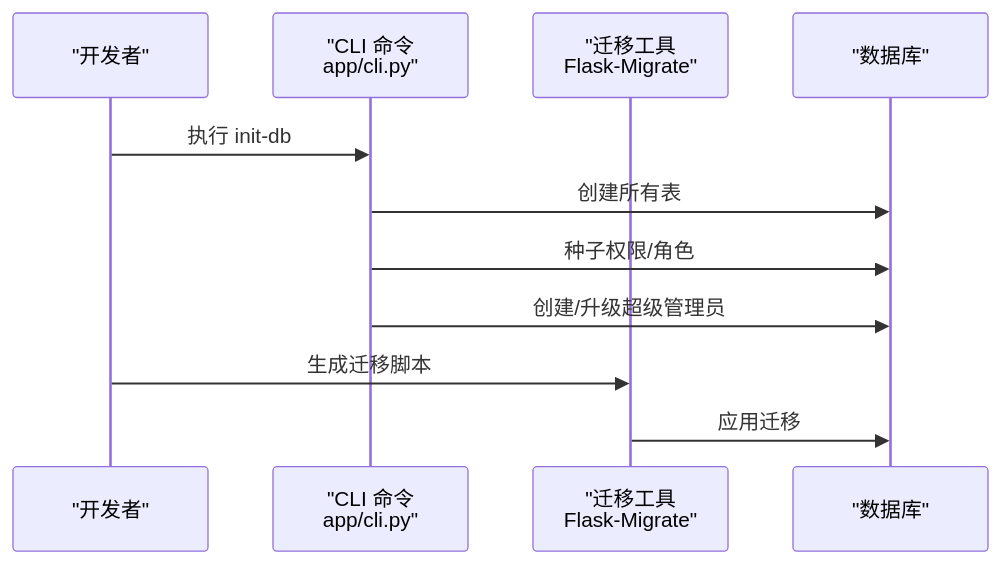
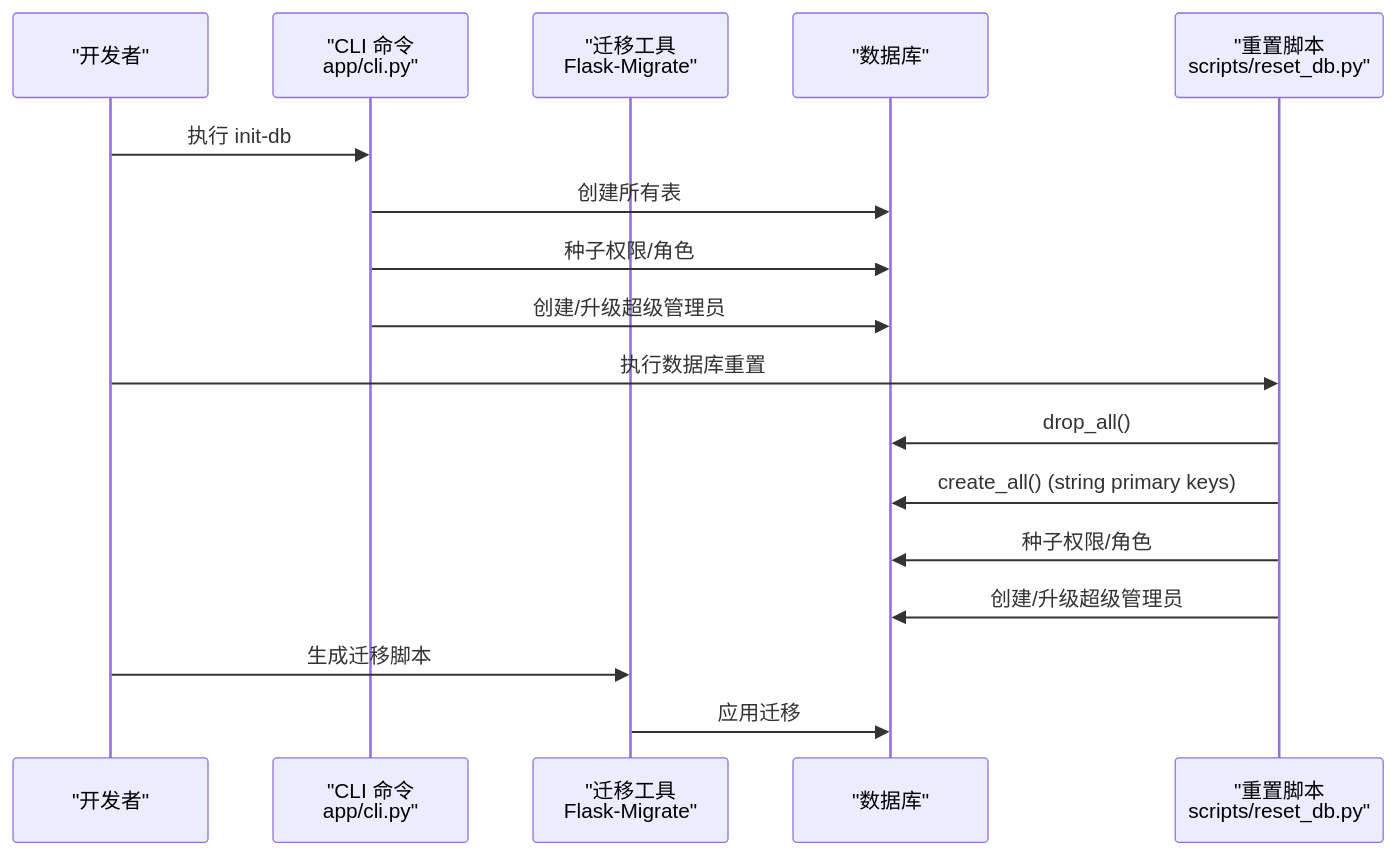
One commit to beyondalbert/my_wiki changed the fifth of 8 diagrams in .qoder/repowiki/zh/content/架构设计/数据持久化架构/数据库管理.md. Above: the diagram before and after it, drawn with Mermaid. The commit also changed other lines of this file and 21 other files, not shown here.

````diff
--- a/.qoder/repowiki/zh/content/架构设计/数据持久化架构/数据库管理.md
+++ b/.qoder/repowiki/zh/content/架构设计/数据持久化架构/数据库管理.md
@@ -207,13 +234,19 @@
 ```mermaid
 sequenceDiagram
 participant Dev as "开发者"
 participant CLI as "CLI 命令<br/>app/cli.py"
 participant MIG as "迁移工具<br/>Flask-Migrate"
 participant DB as "数据库"
+participant RESET as "重置脚本<br/>scripts/reset_db.py"
 Dev->>CLI : 执行 init-db
 CLI->>DB : 创建所有表
 CLI->>DB : 种子权限/角色
 CLI->>DB : 创建/升级超级管理员
+Dev->>RESET : 执行数据库重置
+RESET->>DB : drop_all()
+RESET->>DB : create_all() (string primary keys)
+RESET->>DB : 种子权限/角色
+RESET->>DB : 创建/升级超级管理员
 Dev->>MIG : 生成迁移脚本
 MIG->>DB : 应用迁移
 ```
````
